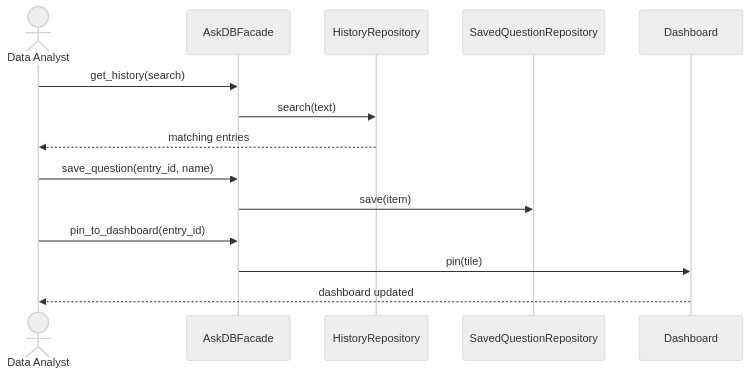
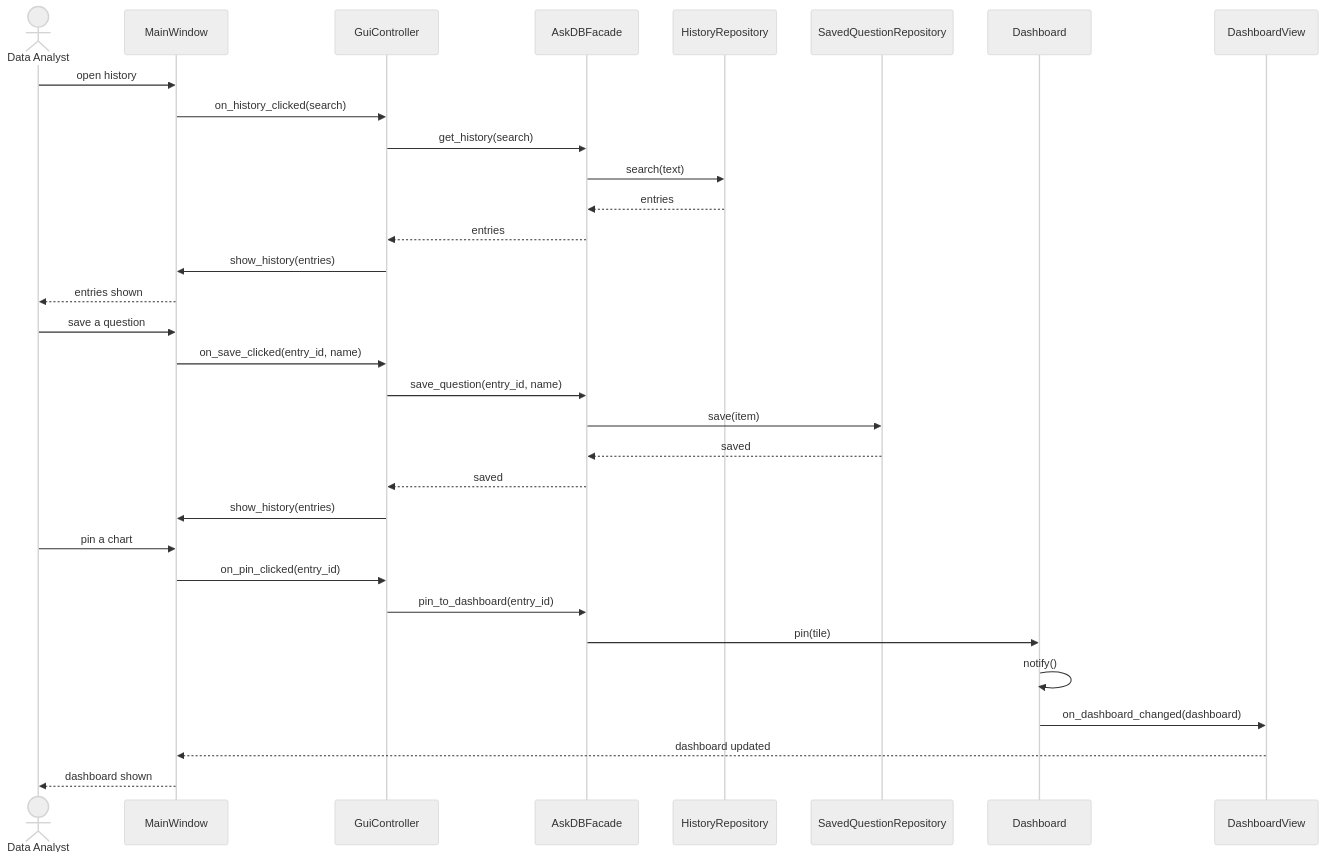
Diagram 12 of 15 in docs/Stage1_Design_Report.md (krishi-shah/AskDB-Data-Analyst-Agent), drawn with Mermaid (neutral theme) before and after one commit. The commit also changed other lines of this file, not shown here.

Commit message:
Complete the Stage 1 diagrams with the window, actors, and multiplicities.

````diff
--- a/docs/Stage1_Design_Report.md
+++ b/docs/Stage1_Design_Report.md
@@ -1161,17 +1275,35 @@
 ```mermaid
 sequenceDiagram
     actor A as Data Analyst
+    participant MW as MainWindow
+    participant GC as GuiController
     participant F as AskDBFacade
     participant HR as HistoryRepository
     participant SQ as SavedQuestionRepository
     participant D as Dashboard
+    participant DV as DashboardView
 
-    A->>F: get_history(search)
+    A->>MW: open history
+    MW->>GC: on_history_clicked(search)
+    GC->>F: get_history(search)
     F->>HR: search(text)
-    HR-->>A: matching entries
-    A->>F: save_question(entry_id, name)
+    HR-->>F: entries
+    F-->>GC: entries
+    GC->>MW: show_history(entries)
+    MW-->>A: entries shown
+    A->>MW: save a question
+    MW->>GC: on_save_clicked(entry_id, name)
+    GC->>F: save_question(entry_id, name)
     F->>SQ: save(item)
-    A->>F: pin_to_dashboard(entry_id)
+    SQ-->>F: saved
+    F-->>GC: saved
+    GC->>MW: show_history(entries)
+    A->>MW: pin a chart
+    MW->>GC: on_pin_clicked(entry_id)
+    GC->>F: pin_to_dashboard(entry_id)
     F->>D: pin(tile)
-    D-->>A: dashboard updated
+    D->>D: notify()
+    D->>DV: on_dashboard_changed(dashboard)
+    DV-->>MW: dashboard updated
+    MW-->>A: dashboard shown
 ```
````
